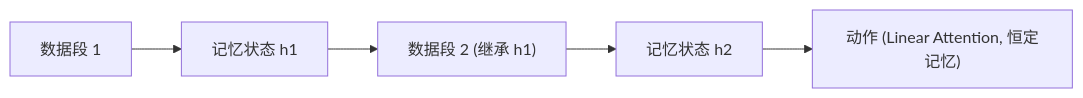
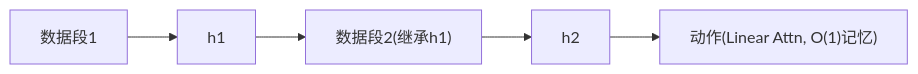
The diagram in notes/memory/statelinformation.md (luohu-arch/physical_intelligence_study), drawn with Mermaid before and after one commit. The commit also changed other lines of this file and 6 other files, not shown here.

````diff
--- a/notes/memory/statelinformation.md
+++ b/notes/memory/statelinformation.md
@@ -54,7 +21,7 @@
 ```mermaid
 graph LR
-    DATA1["数据段 1"] --> STATE1["记忆状态 h1"]
-    STATE1 --> DATA2["数据段 2 (继承 h1)"]
-    DATA2 --> STATE2["记忆状态 h2"]
-    STATE2 --> ACTION["动作 (Linear Attention, 恒定记忆)"]
+    SEG1["数据段1"] --> H1["h1"]
+    H1 --> SEG2["数据段2(继承h1)"]
+    SEG2 --> H2["h2"]
+    H2 --> ACT["动作(Linear Attn, O(1)记忆)"]
 ```
````
